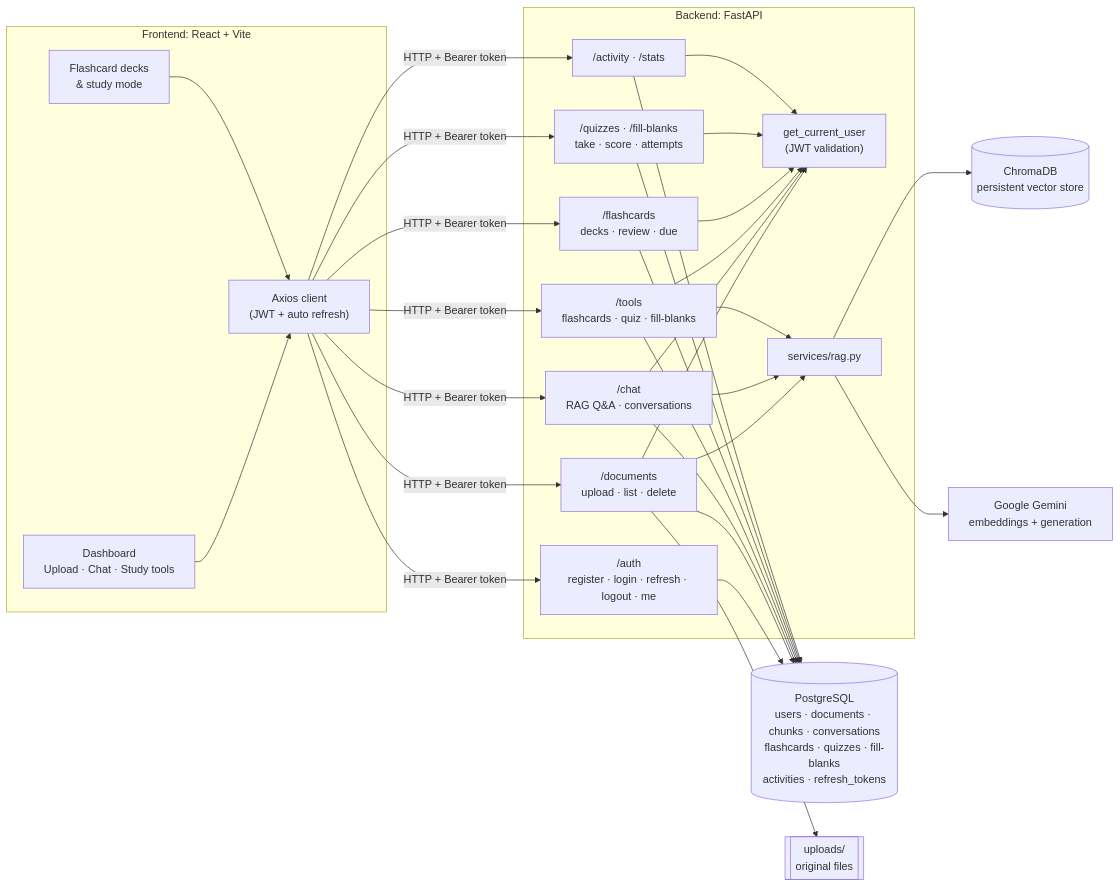
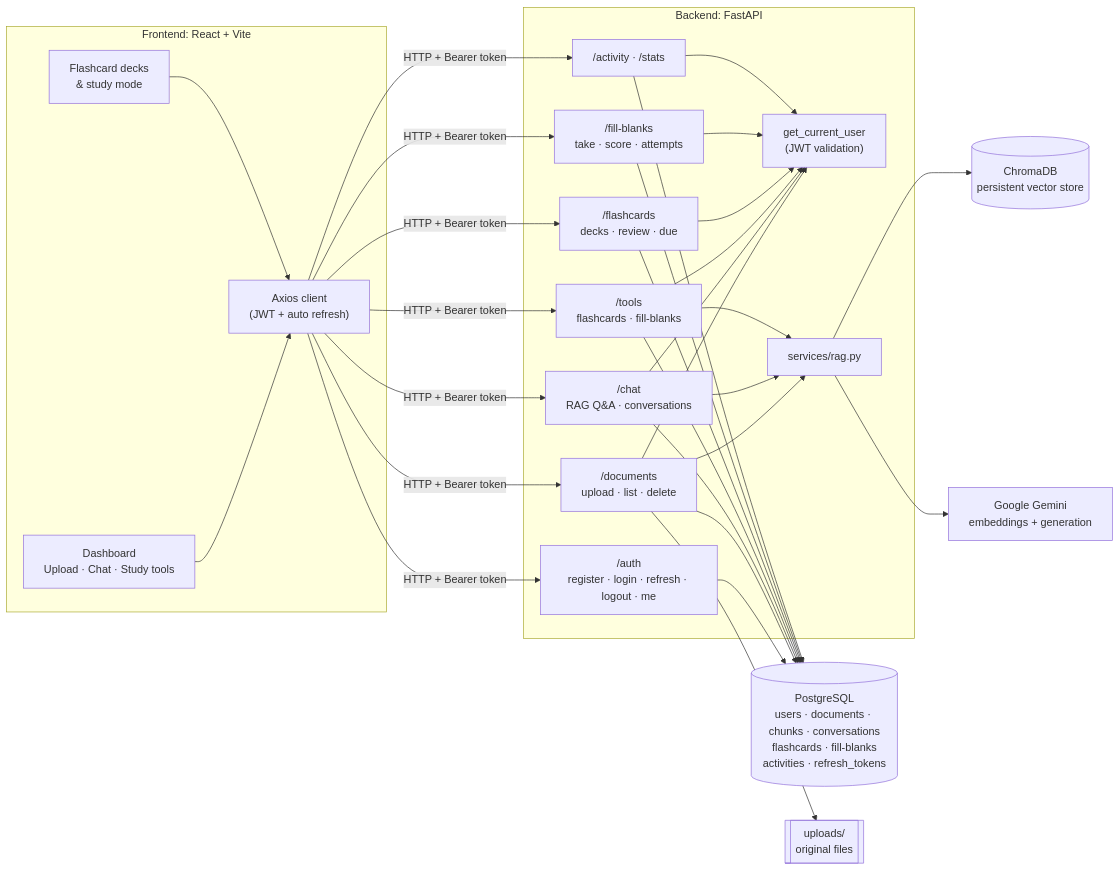
One commit to sbsai25/studyvault changed the first of 2 diagrams in README.md. Above: the diagram before and after it, drawn with Mermaid. The commit also changed other lines of this file and 21 other files, not shown here.

````diff
--- a/README.md
+++ b/README.md
@@ -74,35 +73,35 @@
 ```mermaid
 flowchart LR
     subgraph Client["Frontend: React + Vite"]
         UI["Dashboard<br/>Upload · Chat · Study tools"]
         FC["Flashcard decks<br/>& study mode"]
         AX["Axios client<br/>(JWT + auto refresh)"]
         UI --> AX
         FC --> AX
     end
 
     subgraph API["Backend: FastAPI"]
         AUTH["/auth<br/>register · login · refresh · logout · me"]
         DOCS["/documents<br/>upload · list · delete"]
         CHAT["/chat<br/>RAG Q&A · conversations"]
-        TOOLS["/tools<br/>flashcards · quiz · fill-blanks"]
+        TOOLS["/tools<br/>flashcards · fill-blanks"]
         CARDS["/flashcards<br/>decks · review · due"]
-        PRACTICE["/quizzes · /fill-blanks<br/>take · score · attempts"]
+        PRACTICE["/fill-blanks<br/>take · score · attempts"]
         STATS["/activity · /stats"]
         DEP["get_current_user<br/>(JWT validation)"]
         RAG["services/rag.py"]
     end
 
-    PG[("PostgreSQL<br/>users · documents · chunks · conversations<br/>flashcards · quizzes · fill-blanks<br/>activities · refresh_tokens")]
+    PG[("PostgreSQL<br/>users · documents · chunks · conversations<br/>flashcards · fill-blanks<br/>activities · refresh_tokens")]
     CH[("ChromaDB<br/>persistent vector store")]
     FS[["uploads/<br/>original files"]]
     GEM["Google Gemini<br/>embeddings + generation"]
 
     AX -->|HTTP + Bearer token| AUTH & DOCS & CHAT & TOOLS & CARDS & PRACTICE & STATS
     DOCS & CHAT & TOOLS & CARDS & PRACTICE & STATS --> DEP
     AUTH & DOCS & CHAT & TOOLS & CARDS & PRACTICE & STATS --> PG
     DOCS --> FS
     DOCS & CHAT & TOOLS --> RAG
     RAG --> CH
     RAG --> GEM
 ```
````
